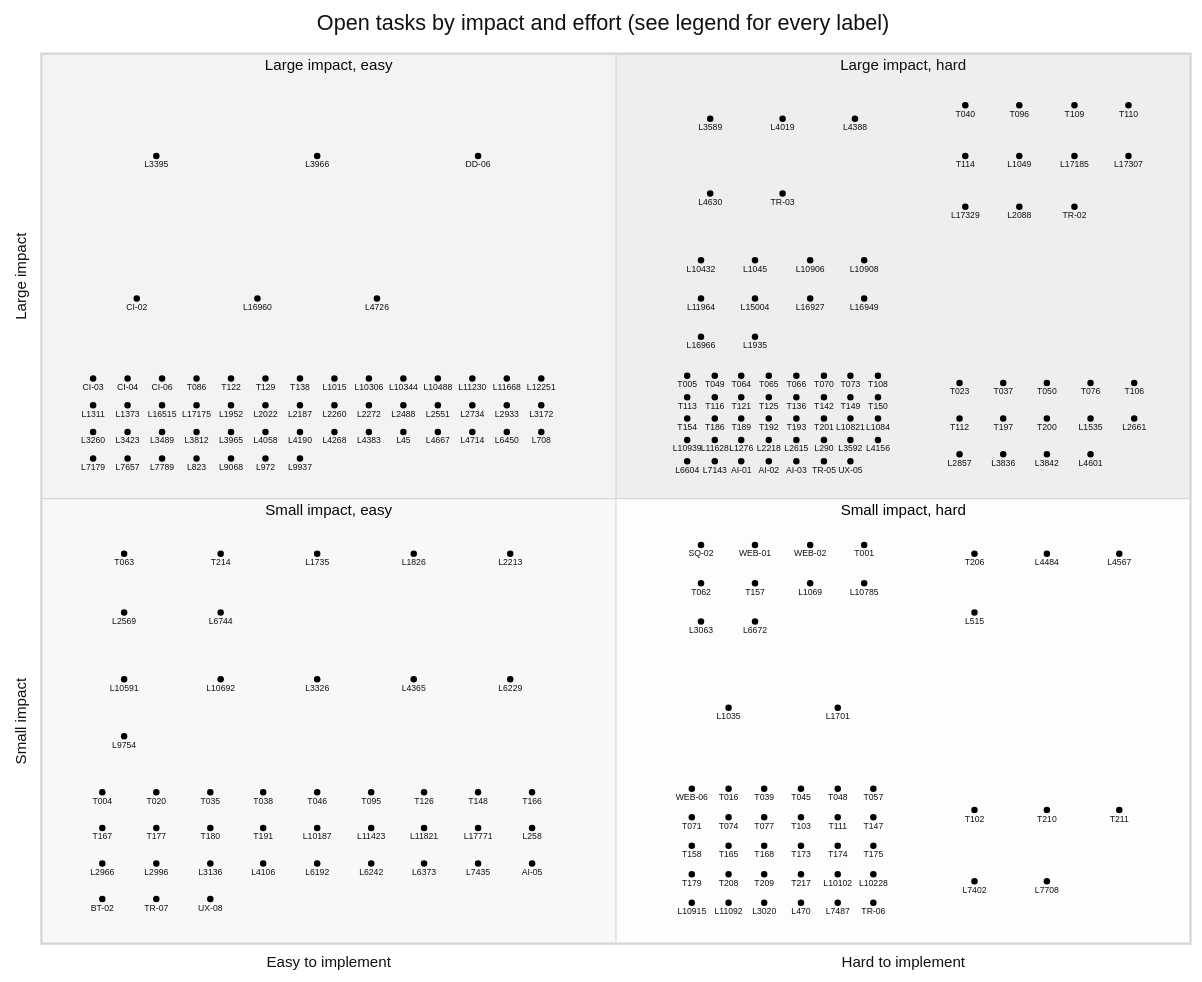
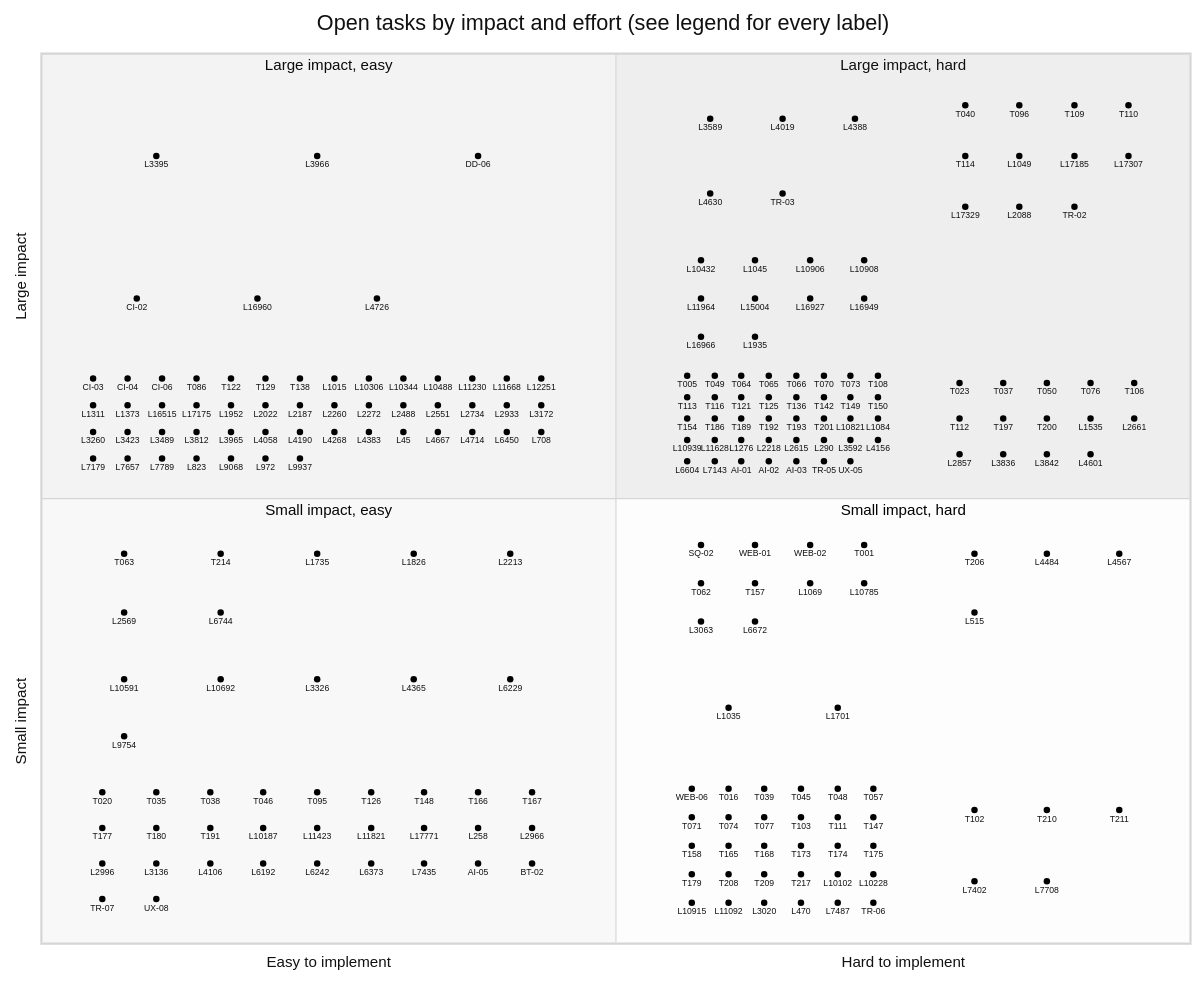
Before and after one commit to falkcorp/audiobook-organizer: the diagram in docs/agent-tasks/todo-completion-2026-09/QUADRANT.md, drawn with Mermaid (neutral theme). The commit also changed other lines of this file and 3 other files, not shown here.

```diff
--- a/docs/agent-tasks/todo-completion-2026-09/QUADRANT.md
+++ b/docs/agent-tasks/todo-completion-2026-09/QUADRANT.md
@@ -201,36 +201,35 @@
     L1035: [0.598, 0.265]
     L1701: [0.693, 0.265]
     WEB-06: [0.566, 0.174]
-    T004: [0.053, 0.17]
-    T020: [0.1, 0.17]
-    T035: [0.147, 0.17]
-    T038: [0.193, 0.17]
-    T046: [0.24, 0.17]
-    T095: [0.287, 0.17]
-    T126: [0.333, 0.17]
-    T148: [0.38, 0.17]
-    T166: [0.427, 0.17]
-    T167: [0.053, 0.13]
-    T177: [0.1, 0.13]
-    T180: [0.147, 0.13]
-    T191: [0.193, 0.13]
-    L10187: [0.24, 0.13]
-    L11423: [0.287, 0.13]
-    L11821: [0.333, 0.13]
-    L17771: [0.38, 0.13]
-    L258: [0.427, 0.13]
-    L2966: [0.053, 0.09]
-    L2996: [0.1, 0.09]
-    L3136: [0.147, 0.09]
-    L4106: [0.193, 0.09]
-    L6192: [0.24, 0.09]
-    L6242: [0.287, 0.09]
-    L6373: [0.333, 0.09]
-    L7435: [0.38, 0.09]
-    AI-05: [0.427, 0.09]
-    BT-02: [0.053, 0.05]
-    TR-07: [0.1, 0.05]
-    UX-08: [0.147, 0.05]
+    T020: [0.053, 0.17]
+    T035: [0.1, 0.17]
+    T038: [0.147, 0.17]
+    T046: [0.193, 0.17]
+    T095: [0.24, 0.17]
+    T126: [0.287, 0.17]
+    T148: [0.333, 0.17]
+    T166: [0.38, 0.17]
+    T167: [0.427, 0.17]
+    T177: [0.053, 0.13]
+    T180: [0.1, 0.13]
+    T191: [0.147, 0.13]
+    L10187: [0.193, 0.13]
+    L11423: [0.24, 0.13]
+    L11821: [0.287, 0.13]
+    L17771: [0.333, 0.13]
+    L258: [0.38, 0.13]
+    L2966: [0.427, 0.13]
+    L2996: [0.053, 0.09]
+    L3136: [0.1, 0.09]
+    L4106: [0.147, 0.09]
+    L6192: [0.193, 0.09]
+    L6242: [0.24, 0.09]
+    L6373: [0.287, 0.09]
+    L7435: [0.333, 0.09]
+    AI-05: [0.38, 0.09]
+    BT-02: [0.427, 0.09]
+    TR-07: [0.053, 0.05]
+    UX-08: [0.1, 0.05]
     T016: [0.598, 0.174]
     T039: [0.629, 0.174]
     T045: [0.661, 0.174]
```
